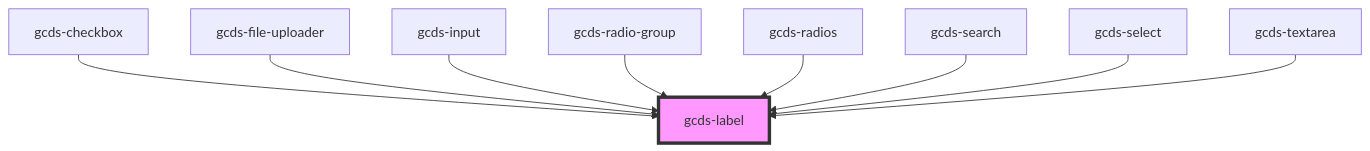
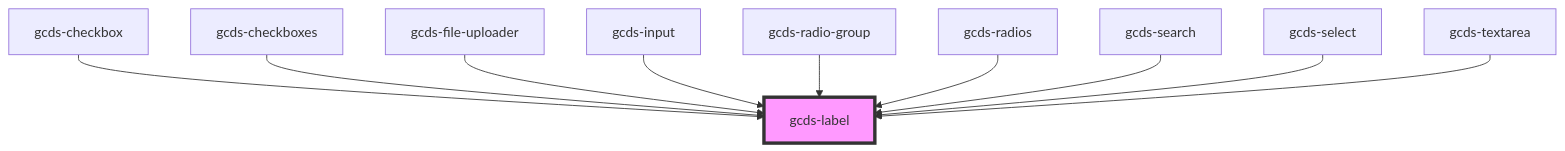
The diagram in packages/web/src/components/gcds-label/readme.md (cds-snc/gcds-components), drawn with Mermaid before and after one commit. The commit also changed other lines of this file and 10 other files, not shown here.

````diff
--- a/packages/web/src/components/gcds-label/readme.md
+++ b/packages/web/src/components/gcds-label/readme.md
@@ -32,12 +33,13 @@
 ```mermaid
 graph TD;
   gcds-checkbox --> gcds-label
+  gcds-checkboxes --> gcds-label
   gcds-file-uploader --> gcds-label
   gcds-input --> gcds-label
   gcds-radio-group --> gcds-label
   gcds-radios --> gcds-label
   gcds-search --> gcds-label
   gcds-select --> gcds-label
   gcds-textarea --> gcds-label
   style gcds-label fill:#f9f,stroke:#333,stroke-width:4px
 ```
````
